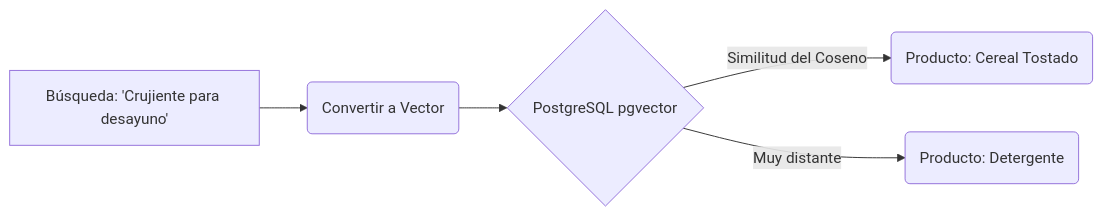
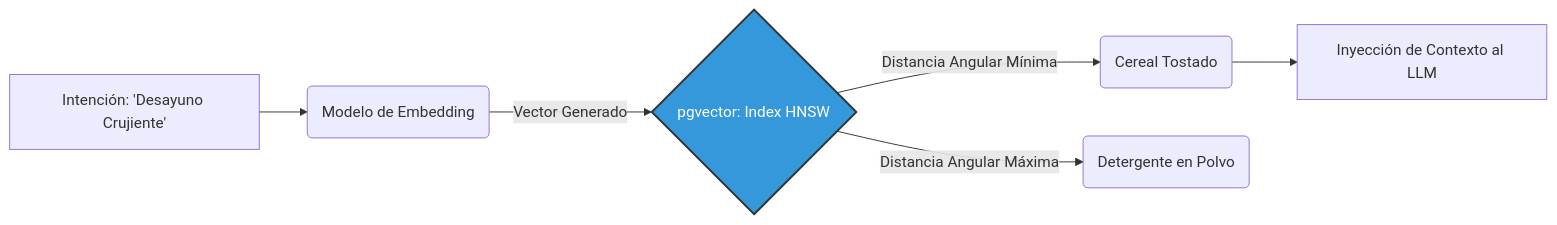
Before and after one commit to danirc2024/Taller_integracion_III: the second of 2 diagrams in docs/Investigaciones/02_Arquitectura_Hibrida_IA.md, drawn with Mermaid. The commit also changed other lines of this file, not shown here.

Commit message:
docs: expansión profunda de arquitectura, evaluación del estado del arte e indexación vectorial

````diff
--- a/docs/Investigaciones/02_Arquitectura_Hibrida_IA.md
+++ b/docs/Investigaciones/02_Arquitectura_Hibrida_IA.md
@@ -75,7 +72,9 @@
 ```mermaid
 graph LR
-    A[Búsqueda: 'Crujiente para desayuno'] --> B(Convertir a Vector)
-    B --> C{PostgreSQL pgvector}
-    C -- Similitud del Coseno --> D(Producto: Cereal Tostado)
-    C -- Muy distante --> E(Producto: Detergente)
+    A[Intención: 'Desayuno Crujiente'] --> B(Modelo de Embedding)
+    B -- Vector Generado --> C{pgvector: Index HNSW}
+    C -- Distancia Angular Mínima --> D(Cereal Tostado)
+    C -- Distancia Angular Máxima --> E(Detergente en Polvo)
+    D --> F[Inyección de Contexto al LLM]
+    style C fill:#3498DB,stroke:#333,stroke-width:2px,color:#fff
 ```
````
